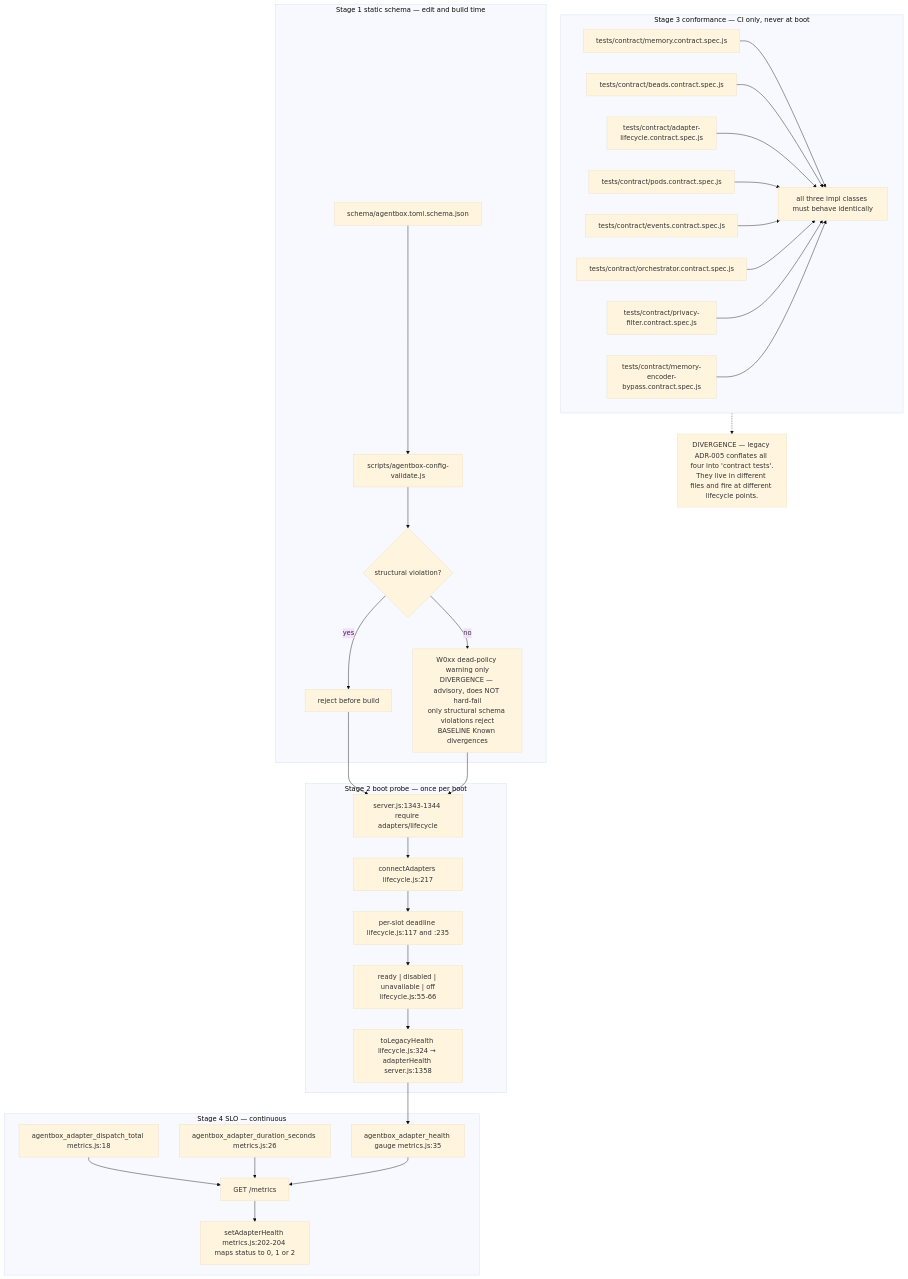
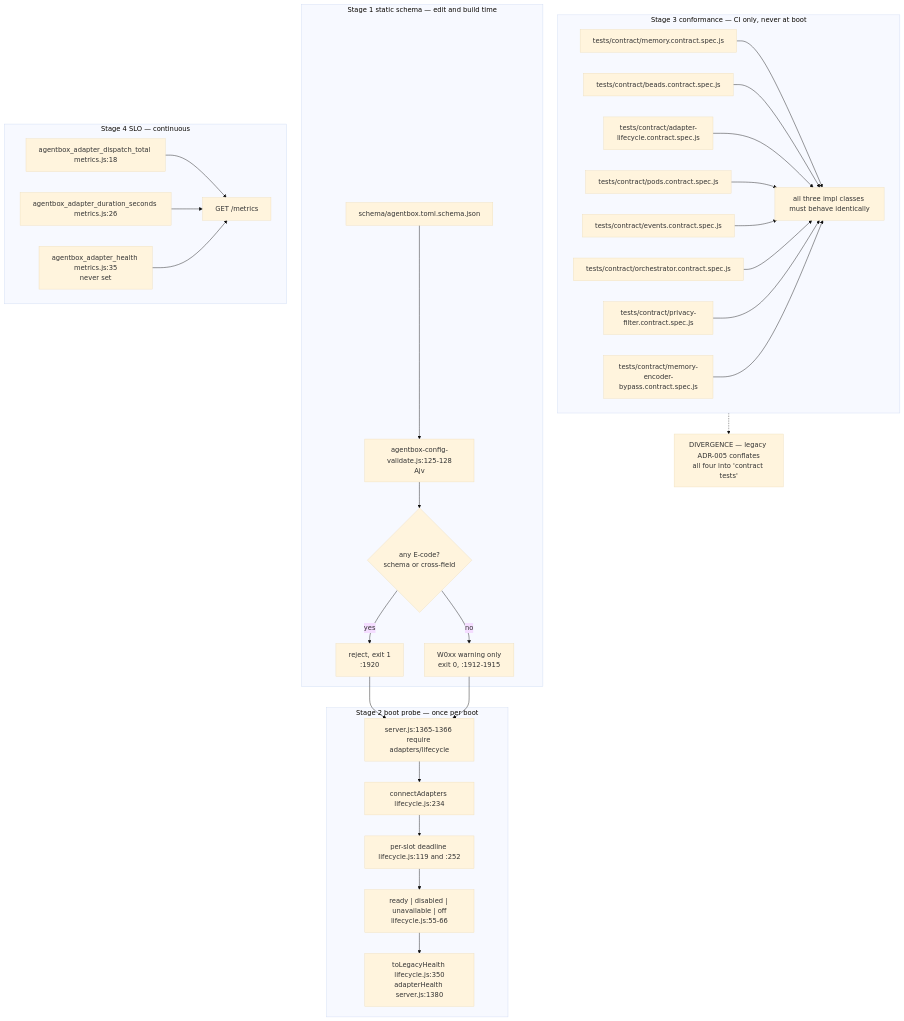
Before and after one commit to DreamLab-AI/VisionFlow: diagram 14 of 15 in docs/diagrams/agentbox/04-adapter-spine.md, drawn with Mermaid (base theme). The commit also changed other lines of this file and 173 other files, not shown here.

````diff
--- a/docs/diagrams/agentbox/04-adapter-spine.md
+++ b/docs/diagrams/agentbox/04-adapter-spine.md
@@ -587,35 +615,33 @@
 ```mermaid
 flowchart TD
     subgraph S1["Stage 1 static schema — edit and build time"]
-        A1["schema/agentbox.toml.schema.json"] --> A2["scripts/agentbox-config-validate.js"]
-        A2 --> A3{"structural violation?"}
-        A3 -->|yes| A4["reject before build"]
-        A3 -->|"no"| A5["W0xx dead-policy warning only<br/>DIVERGENCE — advisory, does NOT hard-fail<br/>only structural schema violations reject<br/>BASELINE Known divergences"]
+        A1["schema/agentbox.toml.schema.json"] --> A2["agentbox-config-validate.js:125-128<br/>Ajv"]
+        A2 --> A3{"any E-code?<br/>schema or cross-field"}
+        A3 -->|yes| A4["reject, exit 1<br/>:1920"]
+        A3 -->|"no"| A5["W0xx warning only<br/>exit 0, :1912-1915"]
     end
     subgraph S2["Stage 2 boot probe — once per boot"]
-        B1["server.js:1343-1344 require adapters/lifecycle"] --> B2["connectAdapters lifecycle.js:217"]
-        B2 --> B3["per-slot deadline lifecycle.js:117 and :235"]
+        B1["server.js:1365-1366 require adapters/lifecycle"] --> B2["connectAdapters lifecycle.js:234"]
+        B2 --> B3["per-slot deadline lifecycle.js:119 and :252"]
         B3 --> B4["ready | disabled | unavailable | off<br/>lifecycle.js:55-66"]
-        B4 --> B5["toLegacyHealth lifecycle.js:324 → adapterHealth server.js:1358"]
+        B4 --> B5["toLegacyHealth lifecycle.js:350<br/>adapterHealth server.js:1380"]
     end
     subgraph S3["Stage 3 conformance — CI only, never at boot"]
         C1["tests/contract/memory.contract.spec.js"] --> C4["all three impl classes must behave identically"]
         C2["tests/contract/beads.contract.spec.js"] --> C4
         C3["tests/contract/adapter-lifecycle.contract.spec.js"] --> C4
         C5["tests/contract/pods.contract.spec.js"] --> C4
         C6["tests/contract/events.contract.spec.js"] --> C4
         C7["tests/contract/orchestrator.contract.spec.js"] --> C4
         C8["tests/contract/privacy-filter.contract.spec.js"] --> C4
         C9["tests/contract/memory-encoder-bypass.contract.spec.js"] --> C4
     end
     subgraph S4["Stage 4 SLO — continuous"]
         D1["agentbox_adapter_dispatch_total metrics.js:18"] --> D4["GET /metrics"]
         D2["agentbox_adapter_duration_seconds metrics.js:26"] --> D4
-        D3["agentbox_adapter_health gauge metrics.js:35"] --> D4
-        D4 --> D5["setAdapterHealth metrics.js:202-204 maps status to 0, 1 or 2"]
+        D3["agentbox_adapter_health metrics.js:35<br/>never set"] --> D4
     end
     A4 --> B1
     A5 --> B1
-    B5 --> D3
-    S3 -.-> NOTE["DIVERGENCE — legacy ADR-005 conflates all four into 'contract tests'.<br/>They live in different files and fire at different lifecycle points."]
+    S3 -.-> NOTE["DIVERGENCE — legacy ADR-005 conflates<br/>all four into 'contract tests'"]
 ```
````
